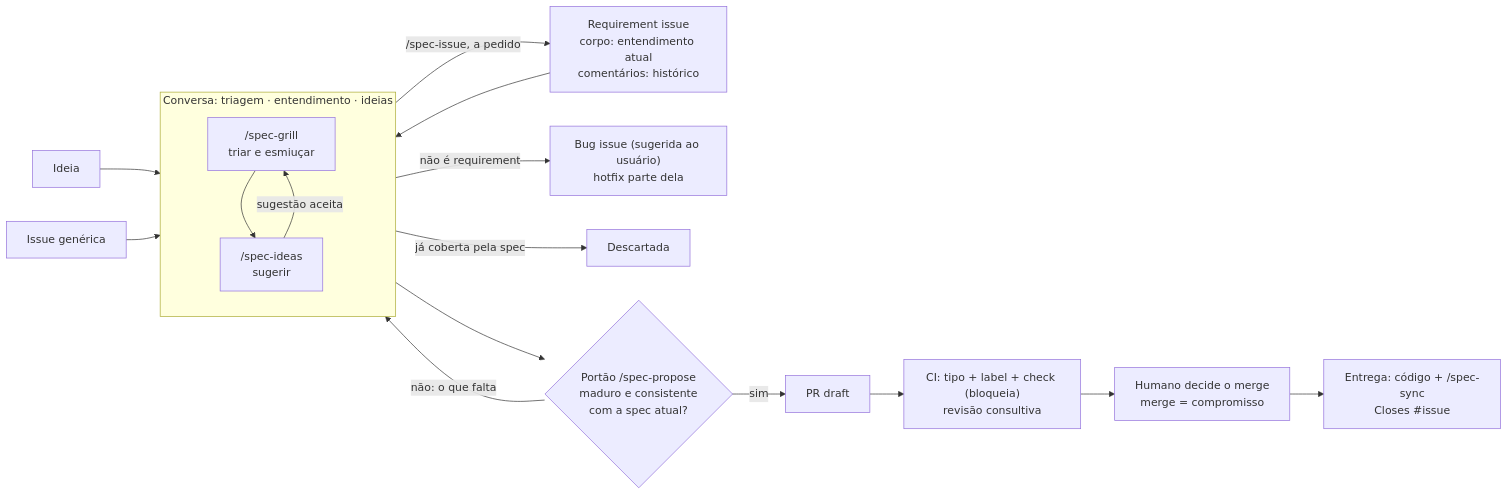
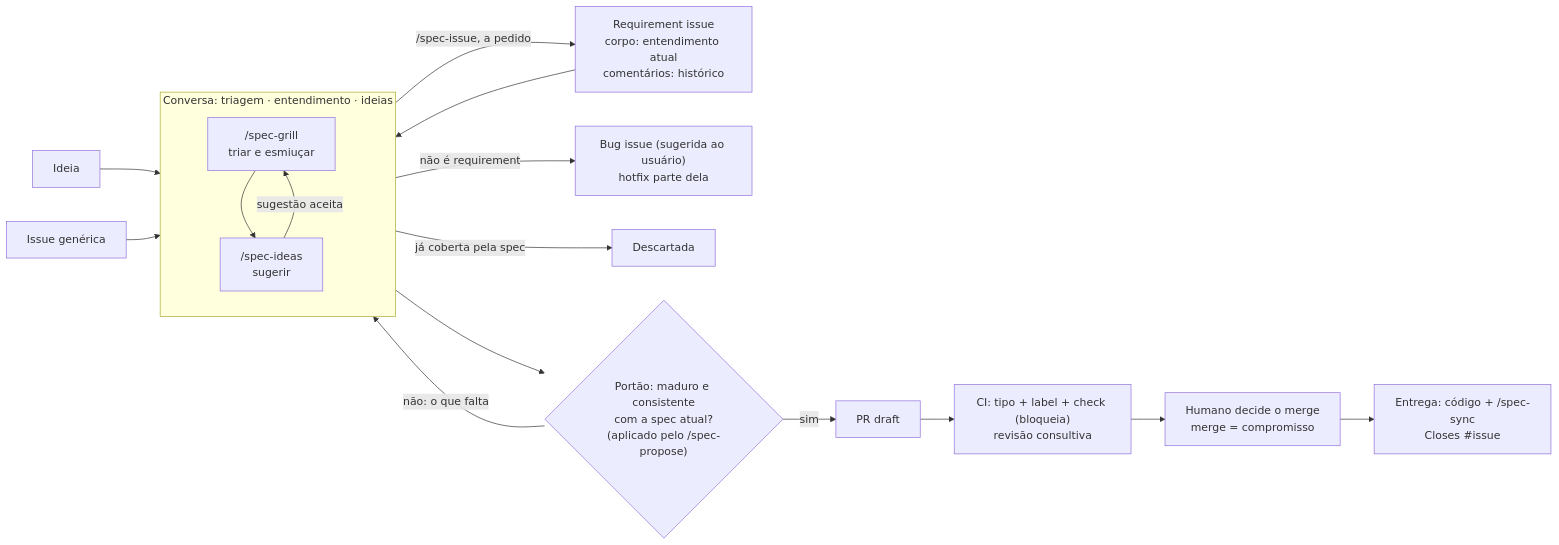
One commit to useful-toys/Tabularium changed the third of 4 diagrams in tabularium-docs/spec-flow.md. Above: the diagram before and after it, drawn with Mermaid. The commit also changed other lines of this file and 8 other files, not shown here.

Commit message:
README: seção dos documentos da spec, fluxo em passos e portão aplicado pelo /spec-propose; triagem contínua

````diff
--- a/tabularium-docs/spec-flow.md
+++ b/tabularium-docs/spec-flow.md
@@ -211,17 +211,17 @@
 ```mermaid
 flowchart LR
   ID["Ideia"] --> C
   IS["Issue genérica"] --> C
   RI["Requirement issue<br/>corpo: entendimento atual<br/>comentários: histórico"] --> C
   subgraph C["Conversa: triagem · entendimento · ideias"]
     G1["/spec-grill<br/>triar e esmiuçar"] --> D["/spec-ideas<br/>sugerir"]
     D -- sugestão aceita --> G1
   end
   C -- "/spec-issue, a pedido" --> RI
   C -- "não é requirement" --> B["Bug issue (sugerida ao usuário)<br/>hotfix parte dela"]
   C -- "já coberta pela spec" --> X["Descartada"]
-  C --> G{"Portão /spec-propose<br/>maduro e consistente<br/>com a spec atual?"}
+  C --> G{"Portão: maduro e consistente<br/>com a spec atual?<br/>(aplicado pelo /spec-propose)"}
   G -- "não: o que falta" --> C
   G -- sim --> P["PR draft"]
   P --> R["CI: tipo + label + check (bloqueia)<br/>revisão consultiva"] --> A["Humano decide o merge<br/>merge = compromisso"] --> E["Entrega: código + /spec-sync<br/>Closes #issue"]
 ```
````
